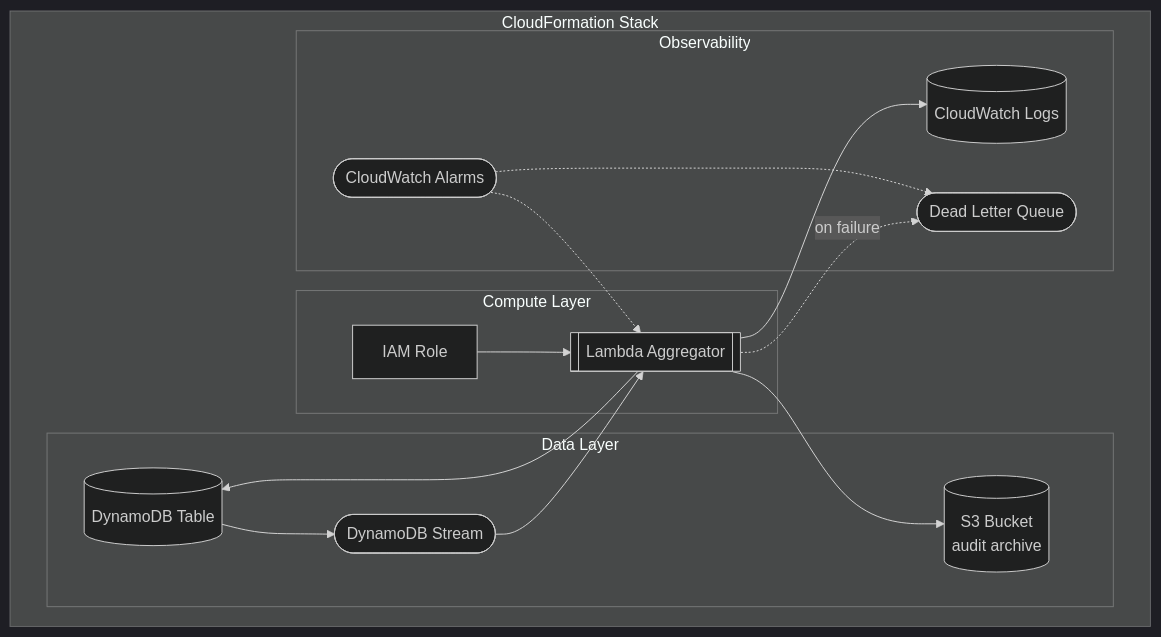
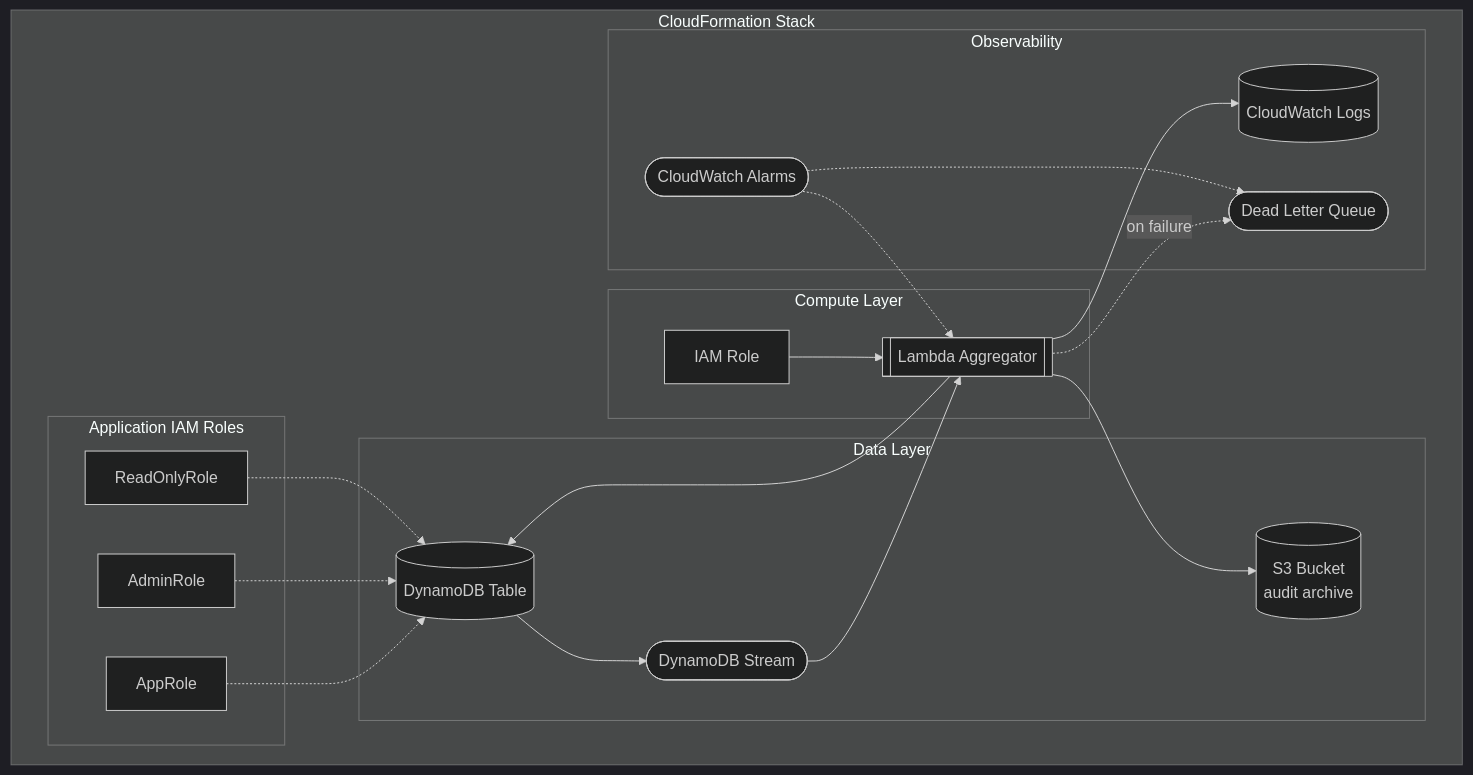
One commit to zeroae/zae-limiter changed the diagram in docs/infra/cloudformation.md. Above: the diagram before and after it, drawn with Mermaid (dark theme). The commit also changed other lines of this file and 9 other files, not shown here.

First line of the commit message:
✨ feat(infra): add App/Admin/ReadOnly IAM roles to CloudFormation stack

````diff
--- a/docs/infra/cloudformation.md
+++ b/docs/infra/cloudformation.md
@@ -9,39 +9,52 @@
 ```mermaid
 flowchart TB
     subgraph stack[CloudFormation Stack]
         subgraph data[Data Layer]
             table[(DynamoDB Table)]
             stream([DynamoDB Stream])
             s3[(S3 Bucket<br/>audit archive)]
         end
 
         subgraph compute[Compute Layer]
             role[IAM Role]
             lambda[[Lambda Aggregator]]
+        end
+
+        subgraph iam[Application IAM Roles]
+            appRole[AppRole]
+            adminRole[AdminRole]
+            readonlyRole[ReadOnlyRole]
         end
 
         subgraph observe[Observability]
             logs[(CloudWatch Logs)]
             alarms([CloudWatch Alarms])
             dlq([Dead Letter Queue])
         end
     end
 
     table --> stream
     stream --> lambda
     lambda --> table
     lambda --> s3
     role --> lambda
     lambda --> logs
     lambda -.->|on failure| dlq
     alarms -.-> lambda
     alarms -.-> dlq
 
+    appRole -.-> table
+    adminRole -.-> table
+    readonlyRole -.-> table
+
     click table "#dynamodb-table"
     click stream "#stream-configuration"
     click s3 "#s3-audit-archive-bucket"
     click lambda "#lambda-aggregator"
     click role "#iam-permissions"
+    click appRole "#application-iam-roles"
+    click adminRole "#application-iam-roles"
+    click readonlyRole "#application-iam-roles"
     click dlq "#add-dead-letter-queue"
     click alarms "#add-cloudwatch-alarms"
 ```
````
